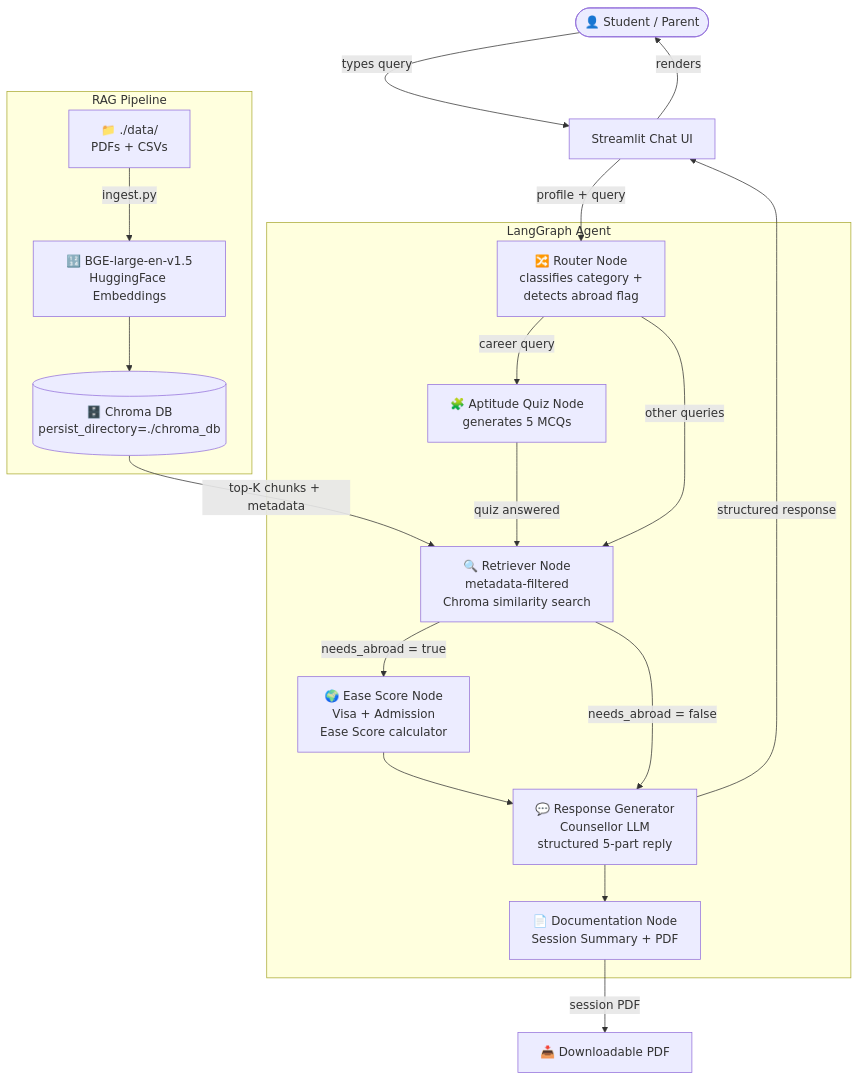
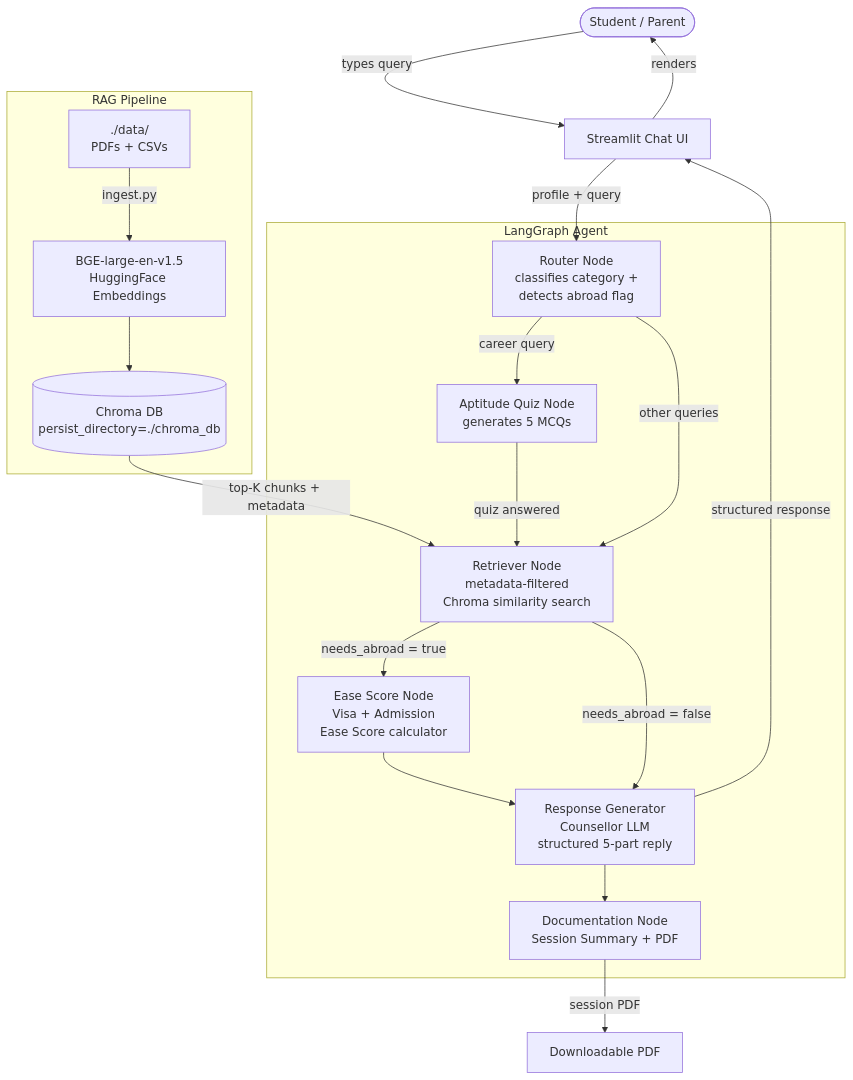
Before and after one commit to Anchu2904/CounsellAI: the diagram in README.md, drawn with Mermaid. The commit also changed other lines of this file, not shown here.

````diff
--- a/README.md
+++ b/README.md
@@ -26,33 +26,33 @@
 ```mermaid
 flowchart TD
-    U([👤 Student / Parent]) -->|types query| ST[Streamlit Chat UI]
+    U([Student / Parent]) -->|types query| ST[Streamlit Chat UI]
     ST -->|profile + query| ROUTER
 
     subgraph LangGraph Agent
-        ROUTER[🔀 Router Node\nclassifies category +\ndetects abroad flag]
+        ROUTER[Router Node\nclassifies category +\ndetects abroad flag]
         
-        ROUTER -->|career query| QUIZ[🧩 Aptitude Quiz Node\ngenerates 5 MCQs]
+        ROUTER -->|career query| QUIZ[Aptitude Quiz Node\ngenerates 5 MCQs]
         ROUTER -->|other queries| RETRIEVER
         QUIZ -->|quiz answered| RETRIEVER
 
-        RETRIEVER[🔍 Retriever Node\nmetadata-filtered\nChroma similarity search]
+        RETRIEVER[ Retriever Node\nmetadata-filtered\nChroma similarity search]
         
-        RETRIEVER -->|needs_abroad = true| EASE[🌍 Ease Score Node\nVisa + Admission\nEase Score calculator]
+        RETRIEVER -->|needs_abroad = true| EASE[Ease Score Node\nVisa + Admission\nEase Score calculator]
         RETRIEVER -->|needs_abroad = false| RESPGEN
 
-        EASE --> RESPGEN[💬 Response Generator\nCounsellor LLM\nstructured 5-part reply]
-        RESPGEN --> DOCNODE[📄 Documentation Node\nSession Summary + PDF]
+        EASE --> RESPGEN[Response Generator\nCounsellor LLM\nstructured 5-part reply]
+        RESPGEN --> DOCNODE[Documentation Node\nSession Summary + PDF]
     end
 
     subgraph RAG Pipeline
-        CHROMA[(🗄️ Chroma DB\npersist_directory=./chroma_db)]
-        EMBED[🔢 BGE-large-en-v1.5\nHuggingFace Embeddings]
-        DATA[📁 ./data/\nPDFs + CSVs]
+        CHROMA[(Chroma DB\npersist_directory=./chroma_db)]
+        EMBED[BGE-large-en-v1.5\nHuggingFace Embeddings]
+        DATA[./data/\nPDFs + CSVs]
         DATA -->|ingest.py| EMBED --> CHROMA
         CHROMA -->|top-K chunks + metadata| RETRIEVER
     end
 
-    DOCNODE -->|session PDF| PDF[📥 Downloadable PDF]
+    DOCNODE -->|session PDF| PDF[ Downloadable PDF]
     RESPGEN -->|structured response| ST
     ST -->|renders| U
 ```
````
